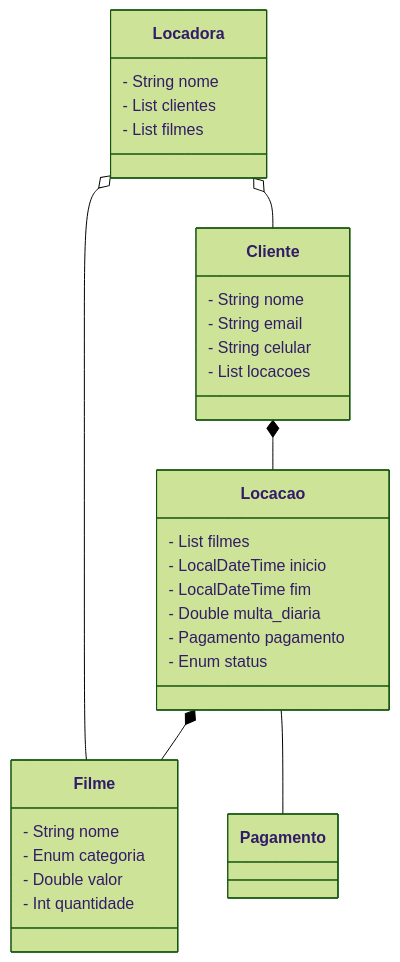
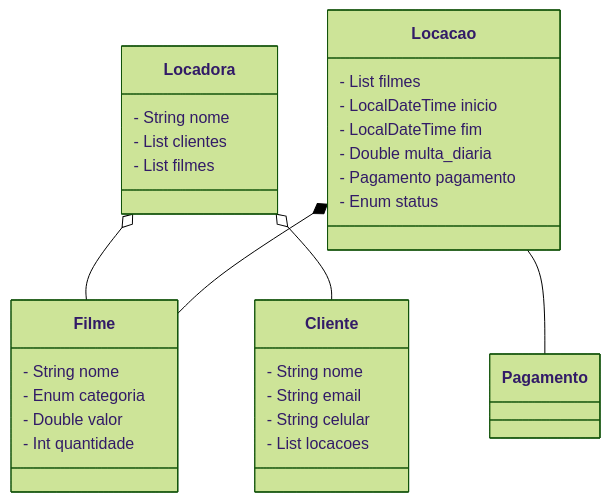
Before and after one commit to mateuscardoso99/SistemaOO: the diagram in README.md, drawn with Mermaid (forest theme).

Commit message:
Fix: readme.md
teste

````diff
--- a/README.md
+++ b/README.md
@@ -9,45 +9,43 @@
 ```mermaid
 classDiagram
     class Locadora{
       - String nome
       - List<Cliente> clientes
       - List<Filme> filmes
     }
     
     class Locacao{
       - List<Filme> filmes
       - LocalDateTime inicio
       - LocalDateTime fim
       - Double multa_diaria
       - Pagamento pagamento
       - Enum status
     }
     
     class Cliente{
      - String nome
      - String email
      - String celular
      - List<Locacao> locacoes
     }
 
     class Filme{
     - String nome
     - Enum categoria
     - Double valor
     - Int quantidade
     }
 
     class Pagamento{
     
     }
 
     Locadora o-- Filme 
 
     Locadora o-- Cliente
 
-    Cliente *-- Locacao
-
     Locacao *-- Filme
 
     Locacao -- Pagamento
 ```
````
